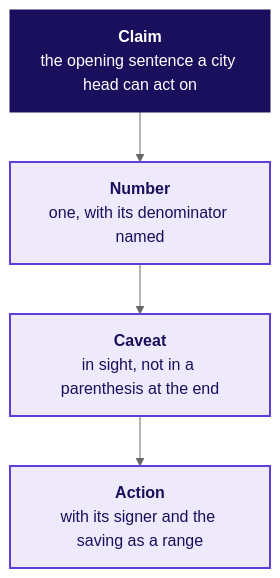
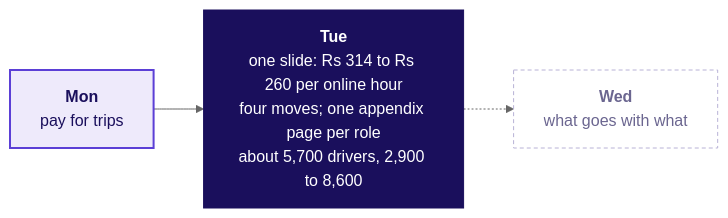
Before and after one commit to fde-academy-lab/c2-content-factory: the sixth of 6 diagrams in content/W04/D2/slides/C2_W04_D02_half2_STUDENT.md, drawn with Mermaid (neutral theme). The commit also changed other lines of this file and 8 other files, not shown here.

````diff
--- a/content/W04/D2/slides/C2_W04_D02_half2_STUDENT.md
+++ b/content/W04/D2/slides/C2_W04_D02_half2_STUDENT.md
@@ -195,12 +324,11 @@
 ```mermaid
-flowchart TD
-    C["<b>Claim</b><br/>the opening sentence a city head can act on"]
-    N["<b>Number</b><br/>one, with its denominator named"]
-    V["<b>Caveat</b><br/>in sight, not in a parenthesis at the end"]
-    A["<b>Action</b><br/>with its signer and the saving as a range"]
-    C --> N --> V --> A
+flowchart LR
+    M["<b>Mon</b><br/>pay for trips"] --> T["<b>Tue</b><br/>one slide: Rs 314 to Rs 260 per online hour<br/>four moves; one appendix page per role<br/>about 5,700 drivers, 2,900 to 8,600"]
+    T -.-> W["<b>Wed</b><br/>what goes with what"]
+    classDef known fill:#EEEAFB,stroke:#5B3FD6,color:#1A0F5C,stroke-width:2px
     classDef lit fill:#1A0F5C,stroke:#1A0F5C,color:#FFFFFF
-    classDef known fill:#EEEAFB,stroke:#5B3FD6,color:#1A0F5C,stroke-width:2px
-    class C lit
-    class N,V,A known
+    classDef unknown fill:#FFFFFF,stroke:#B8B2D6,color:#6B6690,stroke-dasharray:4 3
+    class M known
+    class T lit
+    class W unknown
 ```
````
